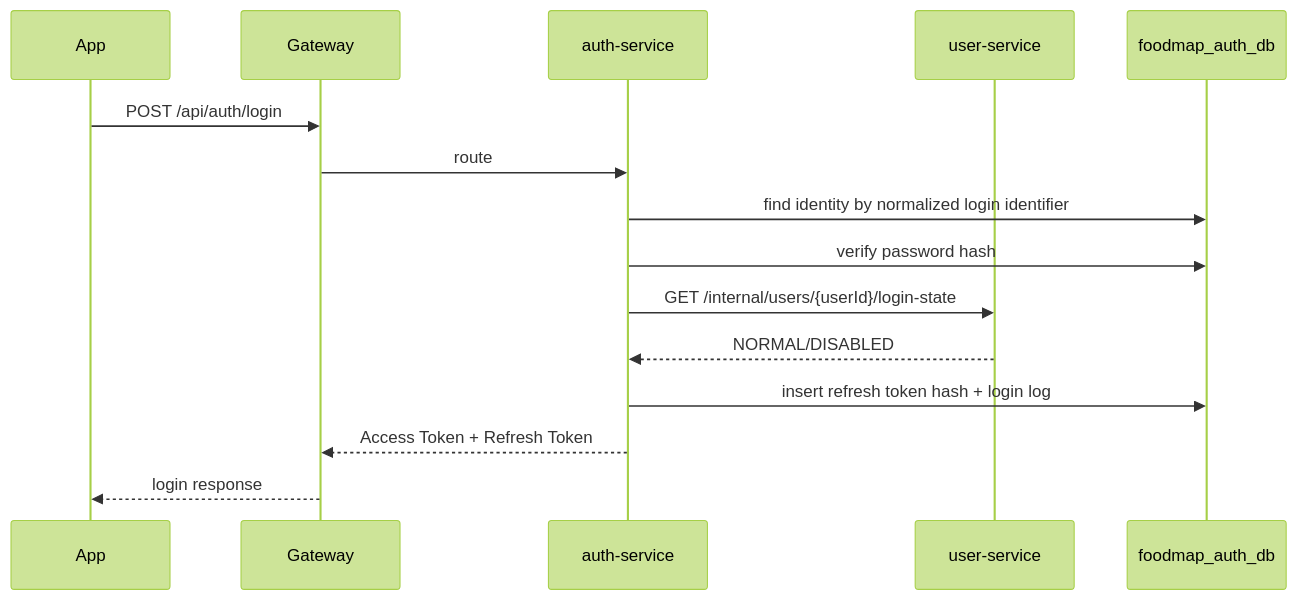
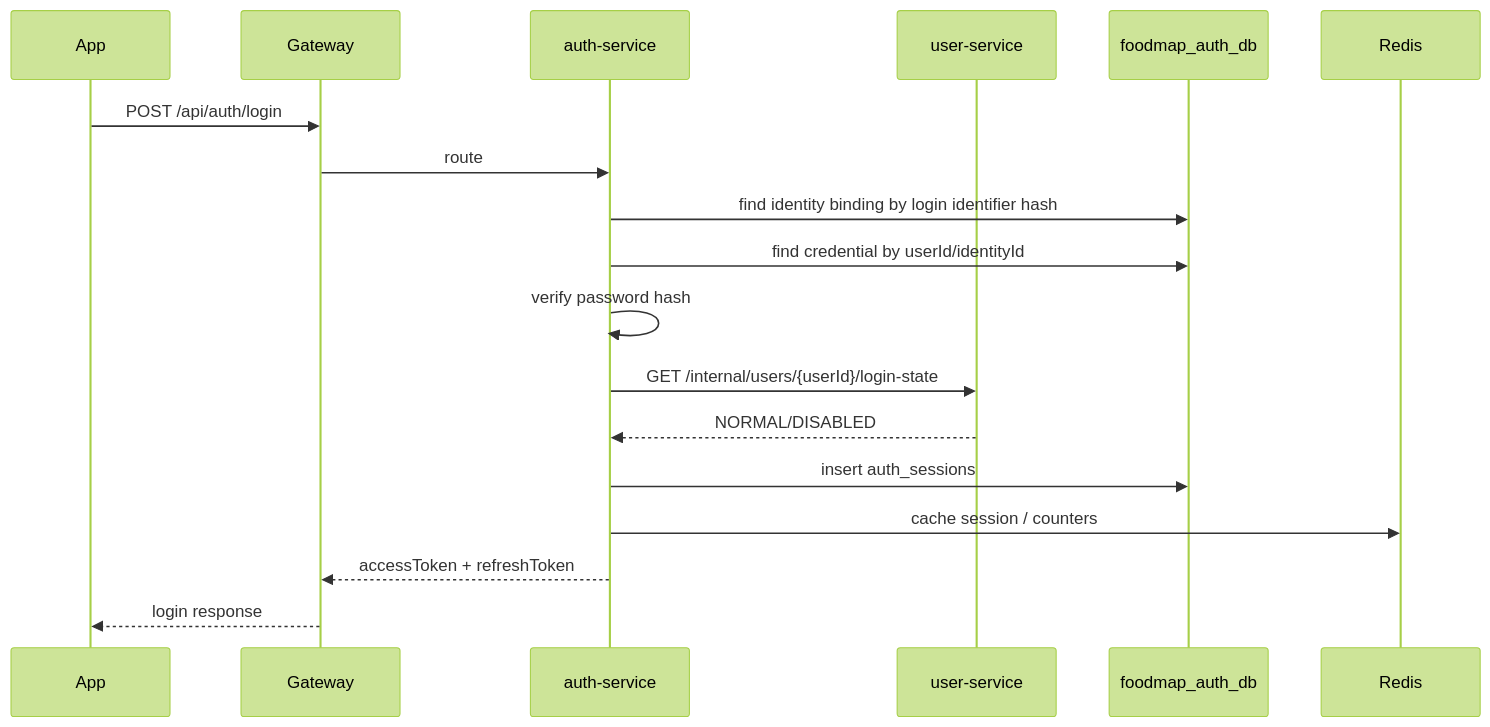
One commit to xuqian-z97/food-map changed the second of 4 diagrams in docs/architecture/2026-06-26-identity-auth-refactor.md. Above: the diagram before and after it, drawn with Mermaid (forest theme). The commit also changed other lines of this file, not shown here.

Commit message:
docs: refine identity auth refactor plan

````diff
--- a/docs/architecture/2026-06-26-identity-auth-refactor.md
+++ b/docs/architecture/2026-06-26-identity-auth-refactor.md
@@ -506,18 +614,21 @@
 ```mermaid
 sequenceDiagram
     participant App
     participant Gateway
     participant Auth as auth-service
     participant User as user-service
     participant AuthDb as foodmap_auth_db
+    participant Redis
 
     App->>Gateway: POST /api/auth/login
     Gateway->>Auth: route
-    Auth->>AuthDb: find identity by normalized login identifier
-    Auth->>AuthDb: verify password hash
+    Auth->>AuthDb: find identity binding by login identifier hash
+    Auth->>AuthDb: find credential by userId/identityId
+    Auth->>Auth: verify password hash
     Auth->>User: GET /internal/users/{userId}/login-state
     User-->>Auth: NORMAL/DISABLED
-    Auth->>AuthDb: insert refresh token hash + login log
-    Auth-->>Gateway: Access Token + Refresh Token
+    Auth->>AuthDb: insert auth_sessions
+    Auth->>Redis: cache session / counters
+    Auth-->>Gateway: accessToken + refreshToken
     Gateway-->>App: login response
 ```
````
